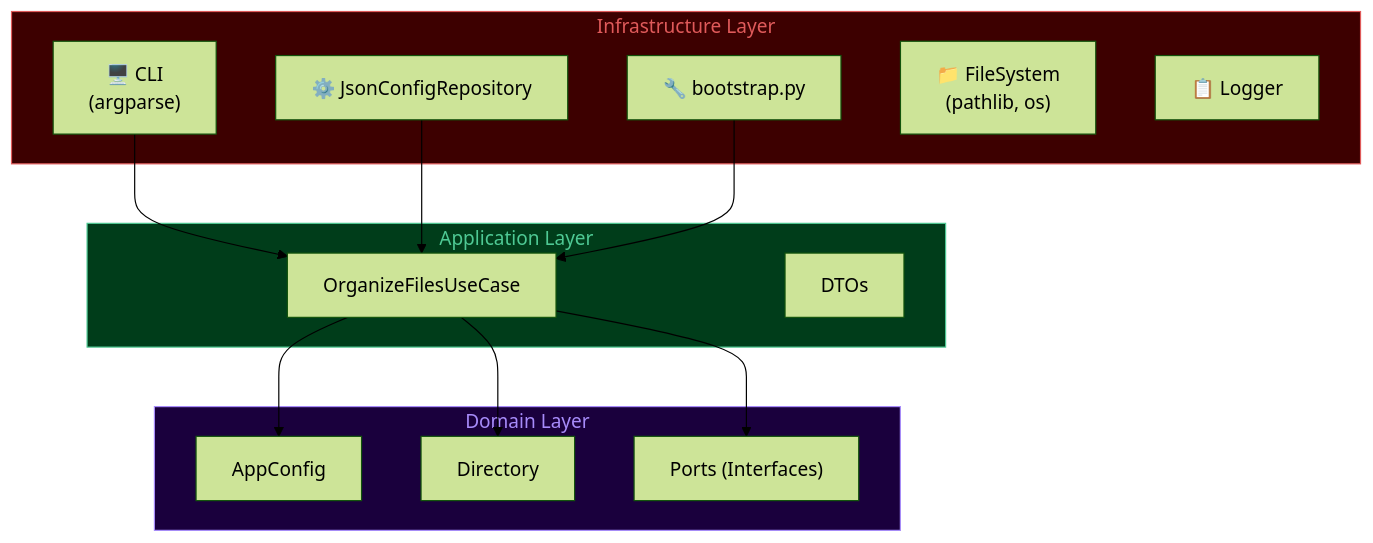
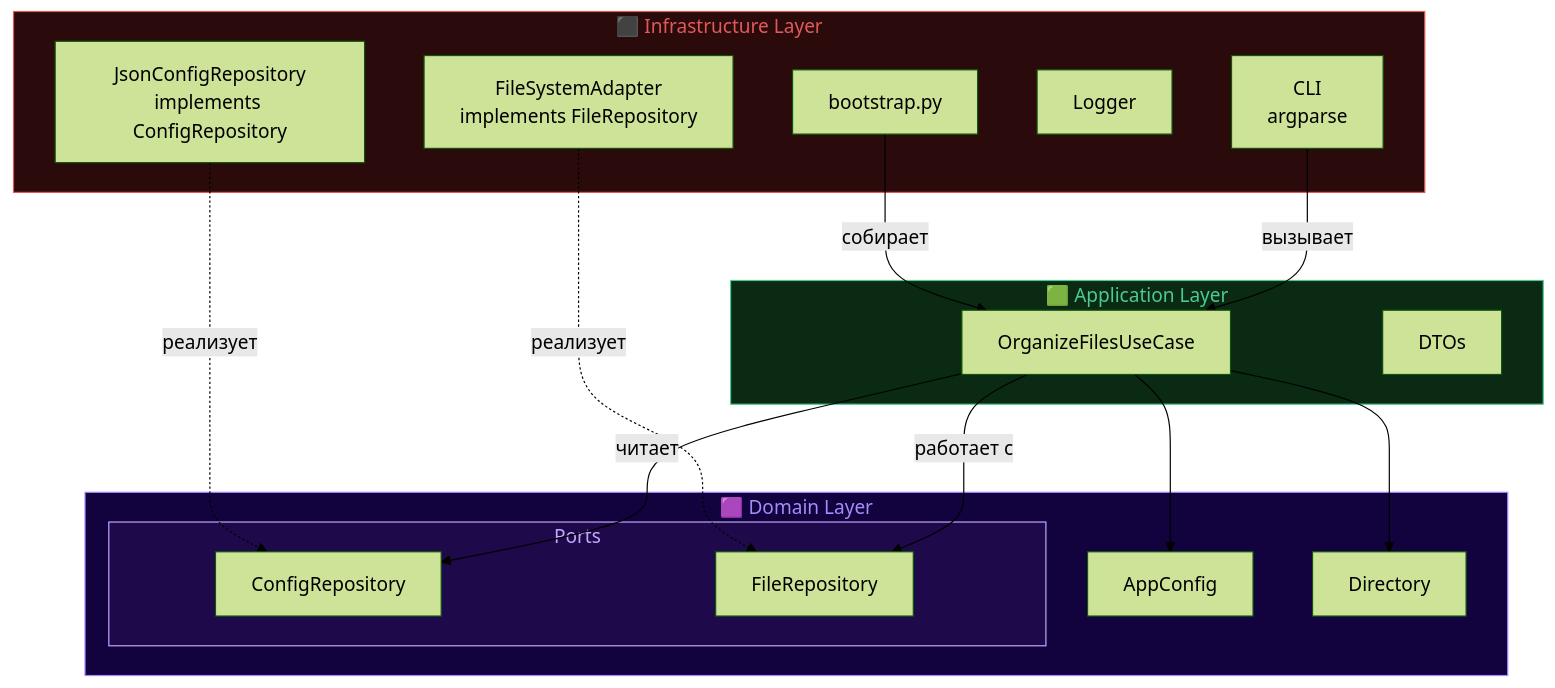
One commit to Umidjon-Kh/Base_Python changed the diagram in klart/architecture.md. Above: the diagram before and after it, drawn with Mermaid (forest theme).

Commit message:
changed vizual mermaid

````diff
--- a/klart/architecture.md
+++ b/klart/architecture.md
@@ -1,36 +1,38 @@
 ```mermaid
-graph TD
-    CLI["🖥️ CLI\n(argparse)"]
-    CONFIG["⚙️ JsonConfigRepository"]
-    BOOTSTRAP["🔧 bootstrap.py"]
-
-    subgraph INFRA["Infrastructure Layer"]
-        CLI
-        CONFIG
-        BOOTSTRAP
-        FS["📁 FileSystem\n(pathlib, os)"]
-        LOG["📋 Logger"]
+graph TB
+    subgraph INFRA["⬛ Infrastructure Layer"]
+        CLI["CLI\nargparse"]
+        JSON["JsonConfigRepository\nimplements ConfigRepository"]
+        FS["FileSystemAdapter\nimplements FileRepository"]
+        LOG["Logger"]
+        BOOT["bootstrap.py"]
     end
 
-    subgraph APP["Application Layer"]
+    subgraph APP["🟩 Application Layer"]
         UC["OrganizeFilesUseCase"]
         DTO["DTOs"]
     end
 
-    subgraph DOMAIN["Domain Layer"]
+    subgraph DOMAIN["🟪 Domain Layer"]
         CFG["AppConfig"]
         DIR["Directory"]
-        PORTS["Ports (Interfaces)"]
+        subgraph PORTS["Ports"]
+            P1["ConfigRepository"]
+            P2["FileRepository"]
+        end
     end
 
-    CLI --> UC
-    CONFIG --> UC
-    BOOTSTRAP --> UC
+    CLI -->|"вызывает"| UC
+    BOOT -->|"собирает"| UC
+    UC -->|"читает"| P1
+    UC -->|"работает с"| P2
     UC --> CFG
     UC --> DIR
-    UC --> PORTS
+    JSON -.->|"реализует"| P1
+    FS  -.->|"реализует"| P2
 
-    style INFRA fill:#3d0000,stroke:#e05a5a,color:#e05a5a
-    style APP fill:#003d1a,stroke:#4ec994,color:#4ec994
-    style DOMAIN fill:#1a003d,stroke:#a78bfa,color:#a78bfa
+    style INFRA fill:#2a0a0a,stroke:#e05a5a,color:#e05a5a
+    style APP   fill:#0a2a14,stroke:#4ec994,color:#4ec994
+    style DOMAIN fill:#12023d,stroke:#a78bfa,color:#a78bfa
+    style PORTS fill:#1e0a4a,stroke:#c4a8ff,color:#c4a8ff
 ```
````
